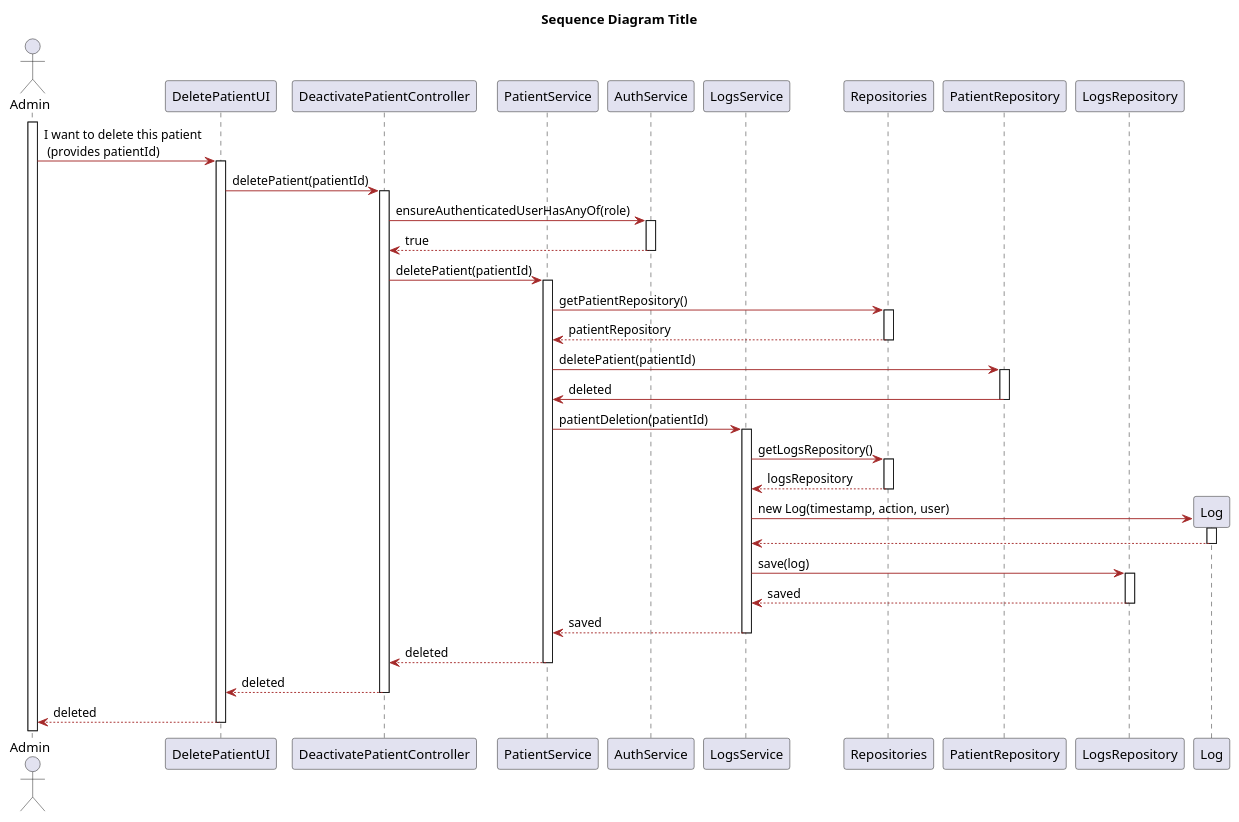
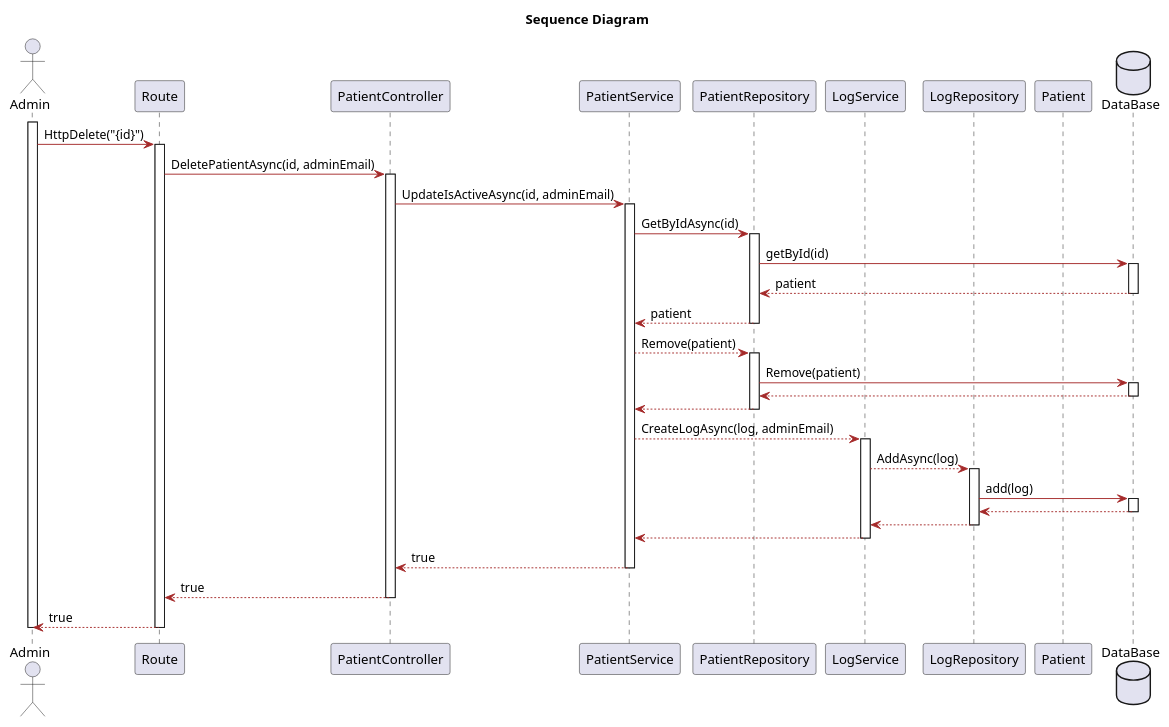
The diagram in Docs/Sprint1/UserStories/LAPR5/us5110/design/puml/sequence-diagram.puml (LAPR5-043/sem_5_24_25_043), drawn with PlantUML before and after one commit. The commit also changed 7 other files, not shown here.

```diff
--- a/Docs/Sprint1/UserStories/LAPR5/us5110/design/puml/sequence-diagram.puml
+++ b/Docs/Sprint1/UserStories/LAPR5/us5110/design/puml/sequence-diagram.puml
@@ -1,83 +1,93 @@
 @startuml
-title Sequence Diagram Title
+title Sequence Diagram 
 skinparam classAttributeIconSize 0
 
 skinparam class {
     LifeLineBorderColor DodgerBlue
     LifeLineBackgroundColor APPLICATION
     BackgroundColor LemonChiffon
     ArrowColor Brown
     BorderColor SaddleBrown
 }
 
 skinparam packageStyle rectangle
 
 skinparam card {
     LifeLineBorderColor DodgerBlue
     LifeLineBackgroundColor APPLICATION
     BackgroundColor LemonChiffon
     ArrowColor Brown
     BorderColor SaddleBrown
 }
 
 actor Admin
-participant "DeletePatientUI" as UI
-participant "DeactivatePatientController" as Controller
+participant "Route" as UI
+participant "PatientController" as Controller
 participant "PatientService" as userS
-participant "AuthService" as auth
-participant "LogsService" as Logs
-participant "Repositories" as Repositories
 participant "PatientRepository" as userR
-participant "LogsRepository" as user
-participant "Log" as log
+participant "LogService" as LogS
+participant "LogRepository" as LogR
+participant "Patient" as user
+database "DataBase" as db
+
+activate Admin
+Admin -> UI: HttpDelete("{id}")
+activate UI
+UI -> Controller:DeletePatientAsync(id, adminEmail)
+activate Controller
+Controller -> userS : UpdateIsActiveAsync(id, adminEmail)
+activate userS
+userS -> userR : GetByIdAsync(id)
+activate userR 
+userR -> db : getById(id)
+activate db
+db --> userR: patient
+deactivate db
+userR --> userS: patient
+deactivate userR
+
+deactivate user
+userS--> userR: Remove(patient)
+activate userR
+userR -> db : Remove(patient)
+activate db
+db --> userR 
+deactivate db
+userR --> userS
+deactivate userR
+userS --> LogS : CreateLogAsync(log, adminEmail)
+activate LogS 
+LogS --> LogR : AddAsync(log)
+activate LogR 
+LogR -> db : add(log)
+activate db 
+db --> LogR 
+deactivate db
+LogR --> LogS 
+deactivate LogR
+LogS --> userS 
+deactivate LogS
+userS --> Controller : true
+deactivate userS 
+Controller --> UI : true
+deactivate Controller 
+UI --> Admin : true
+deactivate UI
+deactivate Admin
 
 
-activate Admin
-Admin -> UI: I want to delete this patient \n (provides patientId)
-activate UI
-UI -> Controller: deletePatient(patientId)
-activate Controller
-Controller -> auth: ensureAuthenticatedUserHasAnyOf(role)
-activate auth
-auth --> Controller:  true
-deactivate auth
-Controller -> userS : deletePatient(patientId)
-activate userS
-userS -> Repositories : getPatientRepository()
-activate Repositories
-Repositories --> userS : patientRepository
-deactivate Repositories
-userS -> userR : deletePatient(patientId)
-activate userR
-userR -> userS : deleted
-deactivate userR
-userS -> Logs : patientDeletion(patientId)
-activate Logs
-Logs -> Repositories : getLogsRepository()
-activate Repositories
-Repositories --> Logs : logsRepository
-deactivate Repositories
-Logs -> log** : new Log(timestamp, action, user)
-activate log
-log --> Logs
-deactivate log
-Logs -> user : save(log)
-activate user
-user --> Logs : saved
-deactivate user 
-Logs --> userS : saved
-deactivate Logs
-userS --> Controller : deleted
-deactivate userS
-Controller --> UI : deleted
-deactivate Controller
-UI --> Admin : deleted
-deactivate UI
+
+
+
+
+
+
+
 
 
 
 
 
 
 
 @enduml
```
